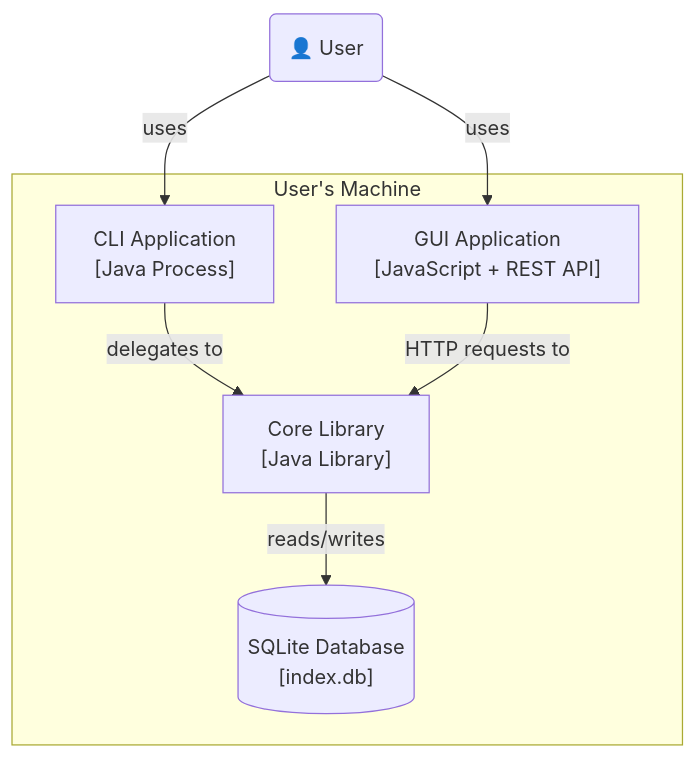
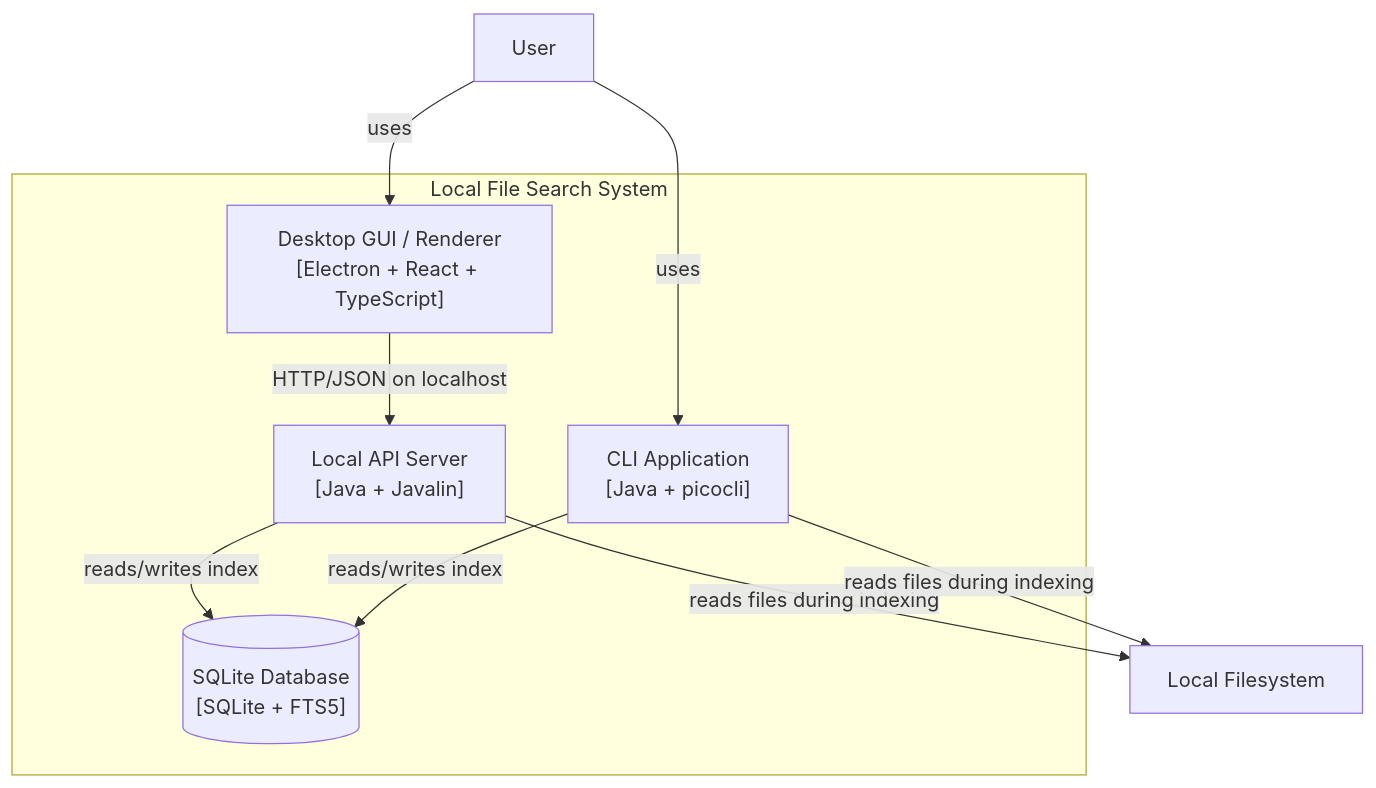
Before and after one commit to ralu2004/Local-File-Search-System: the second of 7 diagrams in ARCHITECTURE.md, drawn with Mermaid. The commit also changed other lines of this file, not shown here.

First line of the commit message:
docs(architecture): refine C4 architecture document

````diff
--- a/ARCHITECTURE.md
+++ b/ARCHITECTURE.md
@@ -34,17 +47,24 @@
 ```mermaid
 graph TD
-    User("👤 User")
+    User["User"]
+    FS["Local Filesystem"]
 
-    subgraph Machine["User's Machine"]
-        CLI["CLI Application\n[Java Process]"]
-        GUI["GUI Application\n[JavaScript + REST API]"]
-        Core["Core Library\n[Java Library]"]
-        DB[("SQLite Database\n[index.db]")]
+    subgraph System["Local File Search System"]
+        GUI["Desktop GUI / Renderer
+[Electron + React + TypeScript]"]
+        API["Local API Server
+[Java + Javalin]"]
+        CLI["CLI Application
+[Java + picocli]"]
+        DB[("SQLite Database
+[SQLite + FTS5]")]
     end
 
+    User -->|uses| GUI
     User -->|uses| CLI
-    User -->|uses| GUI
-    CLI -->|delegates to| Core
-    GUI -->|HTTP requests to| Core
-    Core -->|reads/writes| DB
+    GUI -->|HTTP/JSON on localhost| API
+    API -->|reads/writes index| DB
+    CLI -->|reads/writes index| DB
+    API -->|reads files during indexing| FS
+    CLI -->|reads files during indexing| FS
 ```
````
